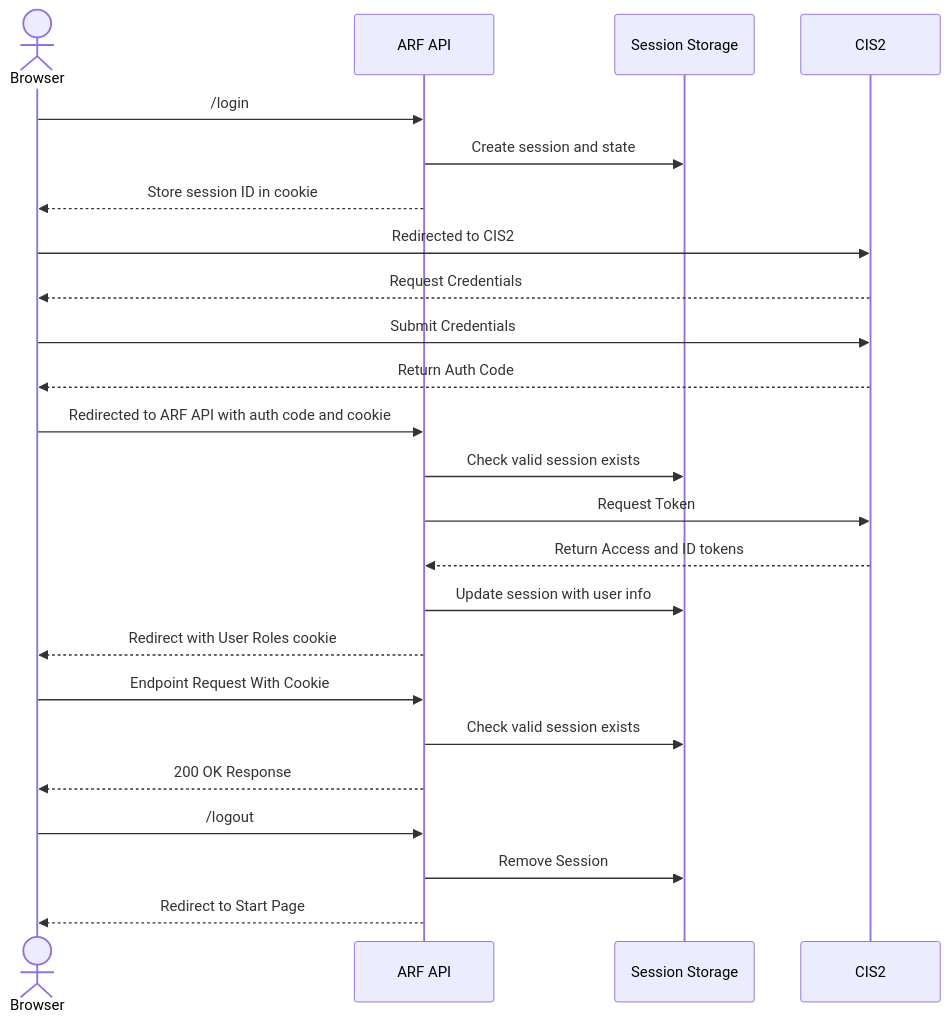
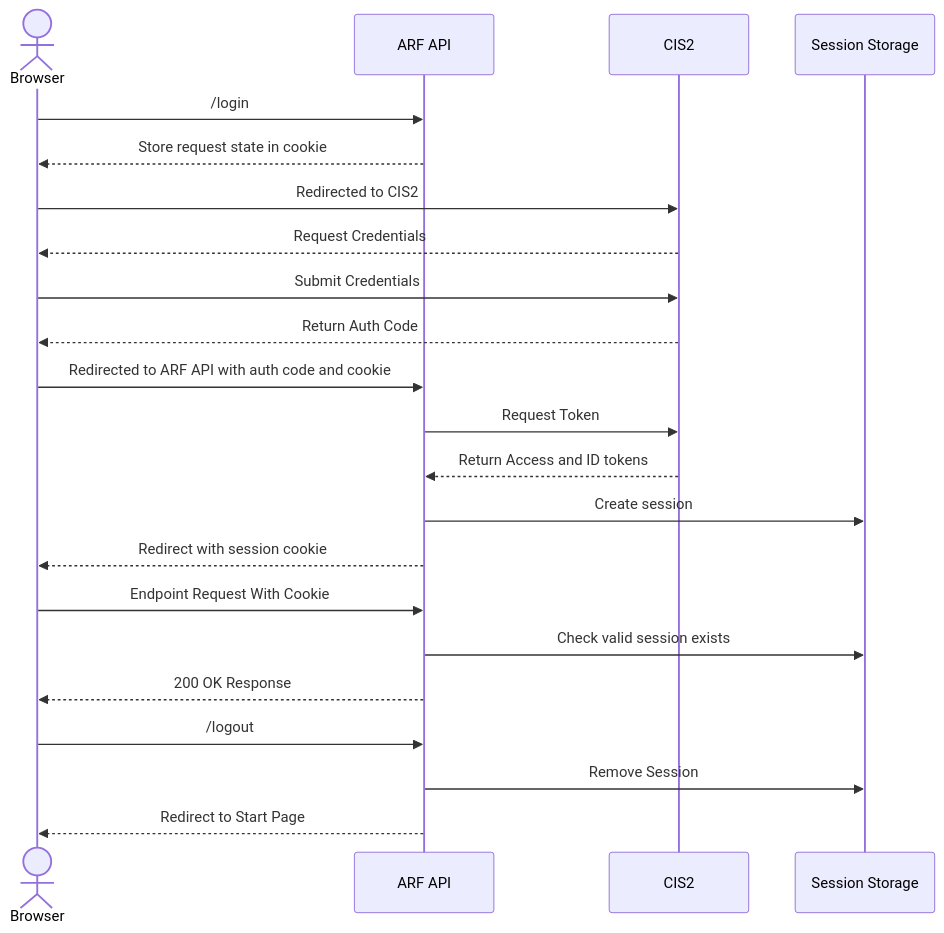
Before and after one commit to nhsconnect/document-store-prototype: the second of 3 diagrams in docs/diagrams/sequence/auth.md, drawn with Mermaid.

Commit message:
[PRMT-2779] Updated the proposed auth flow sequence diagram

````diff
--- a/docs/diagrams/sequence/auth.md
+++ b/docs/diagrams/sequence/auth.md
@@ -39,23 +39,21 @@
 ```mermaid
 sequenceDiagram
     actor Browser
     Browser ->> ARF API : /login
-    ARF API ->> Session Storage: Create session and state
-    ARF API -->> Browser: Store session ID in cookie
+    ARF API -->> Browser: Store request state in cookie
     Browser ->> CIS2 : Redirected to CIS2
     CIS2 -->> Browser  : Request Credentials
     Browser ->> CIS2 : Submit Credentials
     CIS2 -->> Browser : Return Auth Code
     Browser ->> ARF API: Redirected to ARF API with auth code and cookie 
-    ARF API ->> Session Storage: Check valid session exists
     ARF API ->> CIS2 : Request Token
     CIS2 -->> ARF API : Return Access and ID tokens
-    ARF API ->> Session Storage : Update session with user info
-    ARF API -->> Browser : Redirect with User Roles cookie
+    ARF API ->> Session Storage : Create session
+    ARF API -->> Browser : Redirect with session cookie
     Browser ->> ARF API : Endpoint Request With Cookie
     ARF API ->> Session Storage : Check valid session exists
     ARF API -->> Browser : 200 OK Response
     Browser ->> ARF API : /logout
     ARF API ->> Session Storage : Remove Session
     ARF API -->> Browser : Redirect to Start Page
 ```
````
